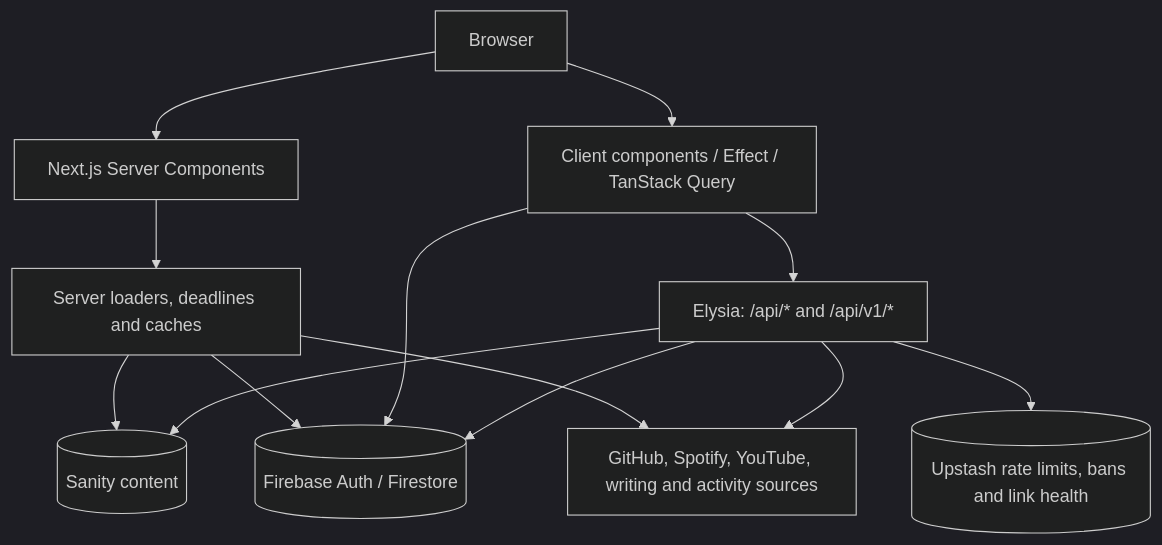
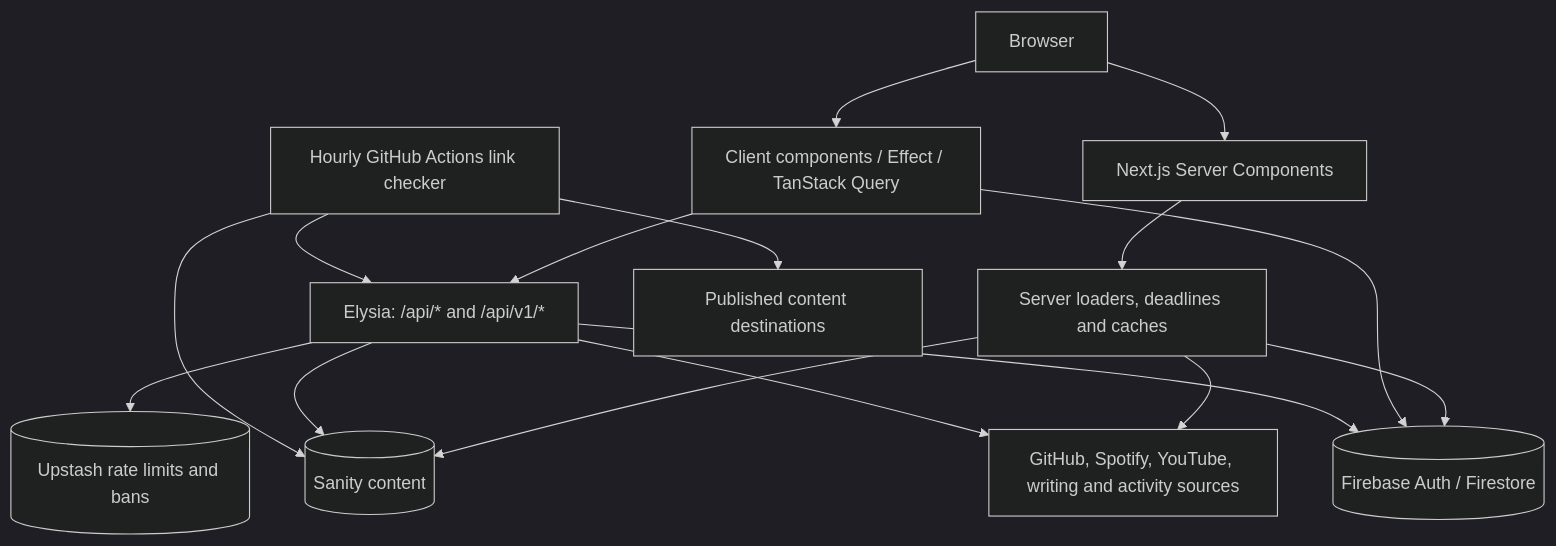
The diagram in README.md (WomB0ComB0/portfolio), drawn with Mermaid (dark theme) before and after one commit. The commit also changed other lines of this file and 49 other files, not shown here.

Commit message:
feat: add nested experience roles and scheduled link health

````diff
--- a/README.md
+++ b/README.md
@@ -72,25 +72,30 @@
 ```mermaid
 graph TD
     Browser["Browser"]
     Pages["Next.js Server Components"]
     Loaders["Server loaders, deadlines and caches"]
     Client["Client components / Effect / TanStack Query"]
     API["Elysia: /api/* and /api/v1/*"]
     Sanity[("Sanity content")]
     Firebase[("Firebase Auth / Firestore")]
-    Redis[("Upstash rate limits, bans and link health")]
+    Redis[("Upstash rate limits and bans")]
     Services["GitHub, Spotify, YouTube, writing and activity sources"]
+    Checker["Hourly GitHub Actions link checker"]
+    Targets["Published content destinations"]
 
     Browser --> Pages
     Browser --> Client
     Pages --> Loaders
     Loaders --> Sanity
     Loaders --> Firebase
     Loaders --> Services
     Client --> API
     Client --> Firebase
     API --> Redis
     API --> Sanity
     API --> Firebase
     API --> Services
+    Checker --> API
+    Checker --> Targets
+    Checker --> Sanity
 ```
````
